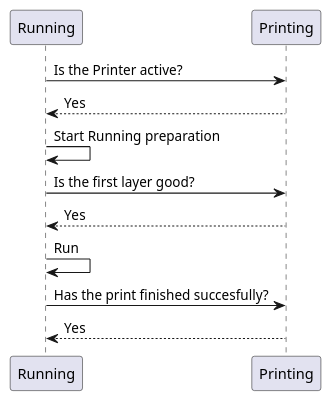
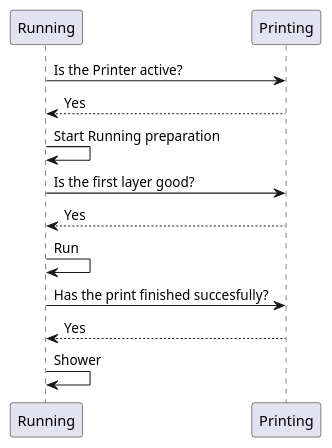
The diagram in src/chapter_3.md (QuintenWeerkamp/Routine), drawn with PlantUML before and after one commit. The commit also changed other lines of this file, not shown here.

Commit message:
Modified chapter 3 to match others

````diff
--- a/src/chapter_3.md
+++ b/src/chapter_3.md
@@ -2,13 +2,13 @@
 ```plantuml
 @startuml
 Running -> Printing : Is the Printer active?
 Printing --> Running : Yes
 Running -> Running: Start Running preparation
 Running -> Printing: Is the first layer good?
 Printing --> Running: Yes
 Running -> Running: Run
 Running -> Printing: Has the print finished succesfully?
 Printing --> Running: Yes
-
+Running -> Running: Shower
 @enduml
 ```
````
